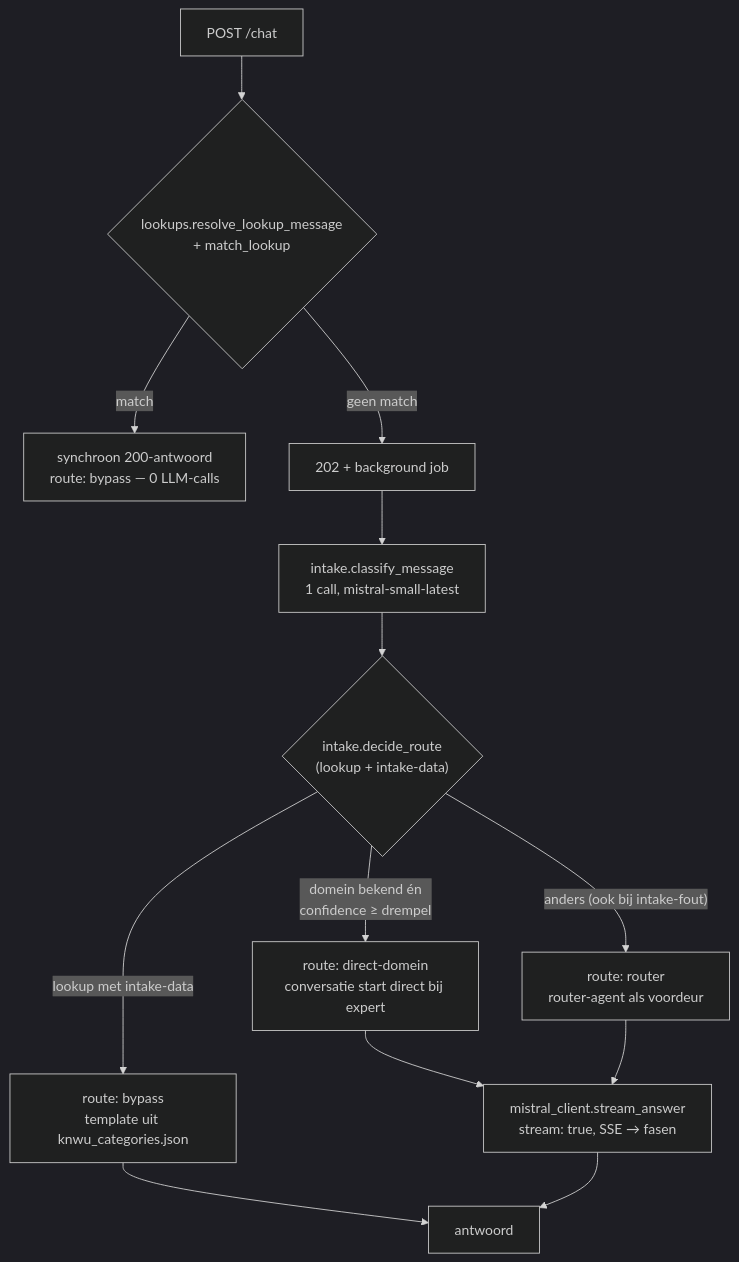
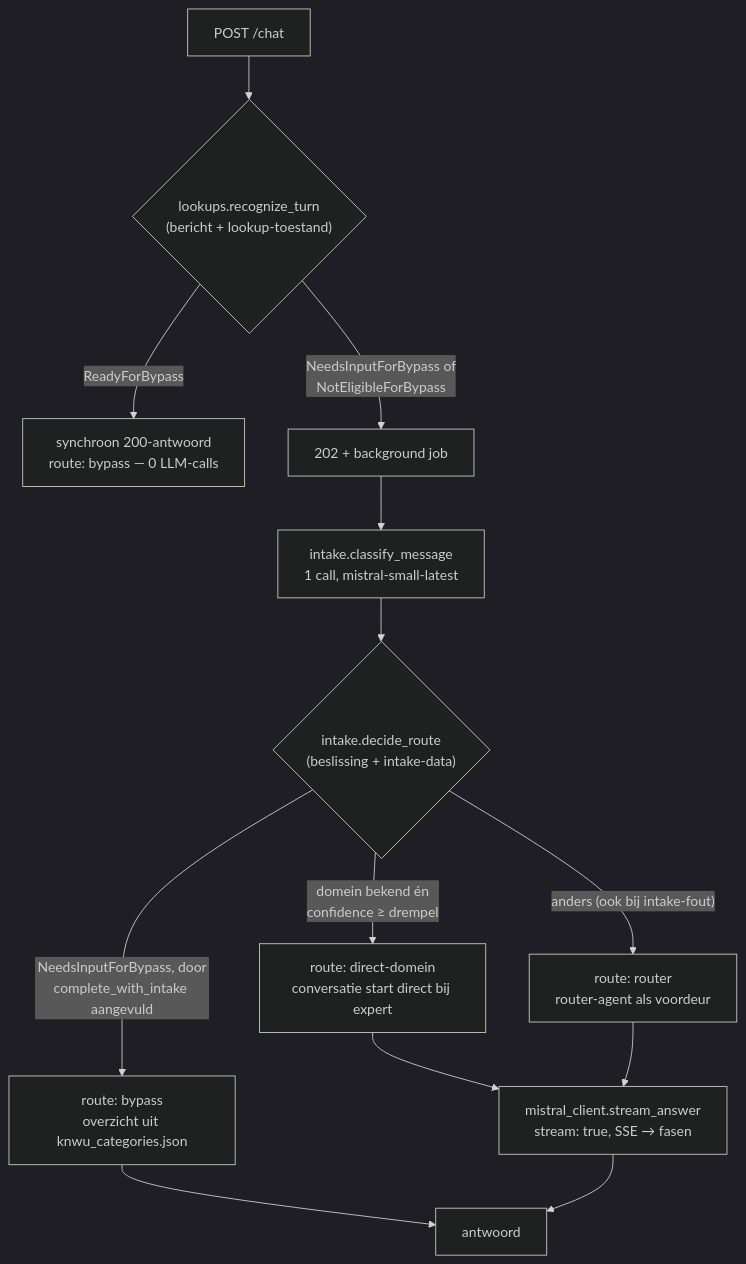
The diagram in docs/explanation/vraag-routing.md (Atrium0804/WTChatbot), drawn with Mermaid (dark theme) before and after one commit. The commit also changed other lines of this file and 34 other files, not shown here.

````diff
--- a/docs/explanation/vraag-routing.md
+++ b/docs/explanation/vraag-routing.md
@@ -12,15 +12,15 @@
 ```mermaid
 flowchart TD
-    A["POST /chat"] --> B{"lookups.resolve_lookup_message<br/>+ match_lookup"}
-    B -- "match" --> C["synchroon 200-antwoord<br/>route: bypass — 0 LLM-calls"]
-    B -- "geen match" --> D["202 + background job"]
+    A["POST /chat"] --> B{"lookups.recognize_turn<br/>(bericht + lookup-toestand)"}
+    B -- "ReadyForBypass" --> C["synchroon 200-antwoord<br/>route: bypass — 0 LLM-calls"]
+    B -- "NeedsInputForBypass of<br/>NotEligibleForBypass" --> D["202 + background job"]
     D --> E["intake.classify_message<br/>1 call, mistral-small-latest"]
-    E --> F{"intake.decide_route<br/>(lookup + intake-data)"}
-    F -- "lookup met intake-data" --> G["route: bypass<br/>template uit knwu_categories.json"]
+    E --> F{"intake.decide_route<br/>(beslissing + intake-data)"}
+    F -- "NeedsInputForBypass, door<br/>complete_with_intake aangevuld" --> G["route: bypass<br/>overzicht uit knwu_categories.json"]
     F -- "domein bekend én<br/>confidence ≥ drempel" --> H["route: direct-domein<br/>conversatie start direct bij expert"]
     F -- "anders (ook bij intake-fout)" --> I["route: router<br/>router-agent als voordeur"]
     H --> J["mistral_client.stream_answer<br/>stream: true, SSE → fasen"]
     I --> J
     G --> K["antwoord"]
     J --> K
 ```
````
